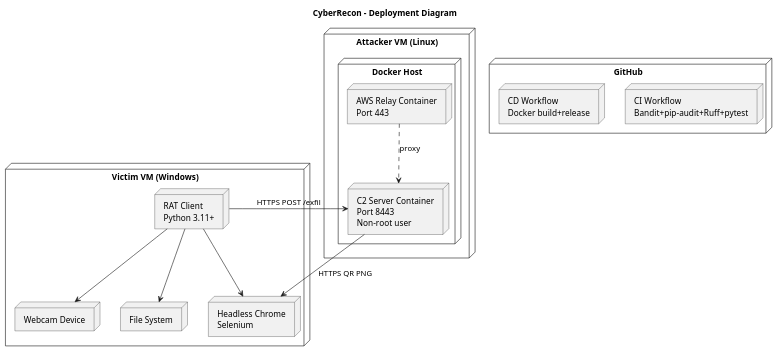
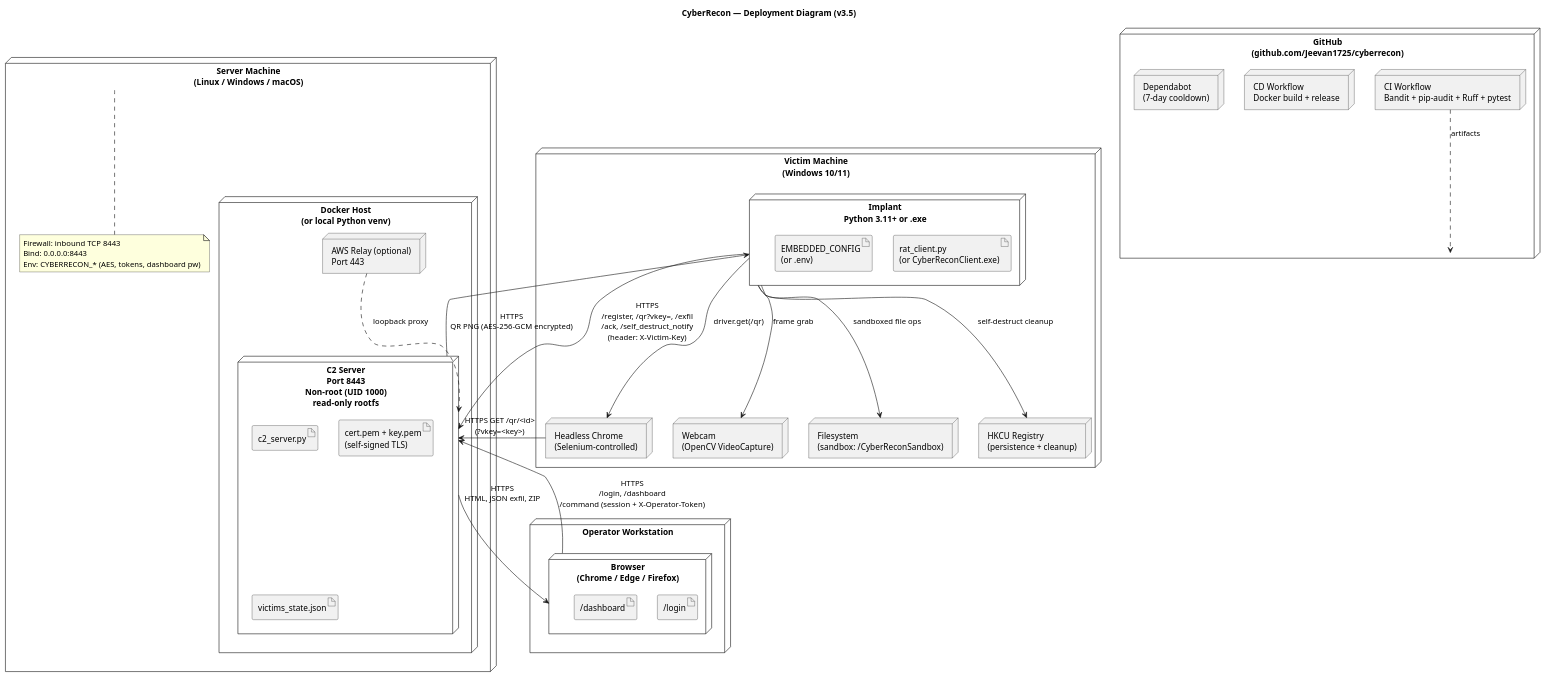
Before and after one commit to Jeevan1725/cyberrecon: the diagram in docs/diagrams/deployment.puml, drawn with PlantUML. The commit also changed 20 other files, not shown here.

First line of the commit message:
docs(diagrams): sync PlantUML sources with v3.5 rendered PNGs

```diff
--- a/docs/diagrams/deployment.puml
+++ b/docs/diagrams/deployment.puml
@@ -1,31 +1,62 @@
 @startuml
 skinparam packageStyle rectangle
-title CyberRecon - Deployment Diagram
+skinparam shadowing false
+title CyberRecon — Deployment Diagram (v3.5)
 
-node "Attacker VM (Linux)" as ATTACKER {
-    node "Docker Host" as DOCKER {
-        node "C2 Server Container\nPort 8443\nNon-root user" as C2
-        node "AWS Relay Container\nPort 443" as RELAY
+node "Server Machine\n(Linux / Windows / macOS)" as SERVER {
+    node "Docker Host\n(or local Python venv)" as DOCKER {
+        node "C2 Server\nPort 8443\nNon-root (UID 1000)\nread-only rootfs" as C2 {
+            artifact "c2_server.py" as C2PY
+            artifact "cert.pem + key.pem\n(self-signed TLS)" as TLS
+            artifact "victims_state.json" as STATE
+        }
+        node "AWS Relay (optional)\nPort 443" as RELAY
     }
-    RELAY ..> C2 : proxy
+    note bottom of SERVER
+      Firewall: inbound TCP 8443
+      Bind: 0.0.0.0:8443
+      Env: CYBERRECON_* (AES, tokens, dashboard pw)
+    end note
 }
 
-node "Victim VM (Windows)" as VICTIM {
-    node "RAT Client\nPython 3.11+" as RATC
-    node "Headless Chrome\nSelenium" as CHROME
-    node "Webcam Device" as CAM
-    node "File System" as FS
-    RATC --> CHROME
-    RATC --> CAM
-    RATC --> FS
+node "Victim Machine\n(Windows 10/11)" as VICTIM {
+    node "Implant\nPython 3.11+ or .exe" as RATC {
+        artifact "rat_client.py\n(or CyberReconClient.exe)" as RATPY
+        artifact "EMBEDDED_CONFIG\n(or .env)" as CFG
+    }
+    node "Headless Chrome\n(Selenium-controlled)" as CHROME
+    node "Webcam\n(OpenCV VideoCapture)" as CAM
+    node "Filesystem\n(sandbox: ~/CyberReconSandbox)" as FS
+    node "HKCU Registry\n(persistence + cleanup)" as REG
+
+    RATC --> CHROME : driver.get(/qr)
+    RATC --> CAM : frame grab
+    RATC --> FS : sandboxed file ops
+    RATC --> REG : self-destruct cleanup
 }
 
-node "GitHub" as GH {
-    node "CI Workflow\nBandit+pip-audit+Ruff+pytest" as CI
-    node "CD Workflow\nDocker build+release" as CD
+node "Operator Workstation" as OPMACHINE {
+    node "Browser\n(Chrome / Edge / Firefox)" as WEB {
+        artifact "/login" as LOGIN
+        artifact "/dashboard" as DASH
+    }
 }
 
-C2 --> CHROME : HTTPS QR PNG
-RATC --> C2 : HTTPS POST /exfil
+node "GitHub\n(github.com/Jeevan1725/cyberrecon)" as GH {
+    node "CI Workflow\nBandit + pip-audit + Ruff + pytest" as CI
+    node "CD Workflow\nDocker build + release" as CD
+    node "Dependabot\n(7-day cooldown)" as DEP
+}
+
+WEB --> C2 : HTTPS\n/login, /dashboard\n/command (session + X-Operator-Token)
+C2 --> WEB : HTTPS\nHTML, JSON exfil, ZIP
+
+RATC --> C2 : HTTPS\n/register, /qr?vkey=, /exfil\n/ack, /self_destruct_notify\n(header: X-Victim-Key)
+C2 --> RATC : HTTPS\nQR PNG (AES-256-GCM encrypted)
+
+CHROME --> C2 : HTTPS GET /qr/<id>\n(?vkey=<key>)
+
+RELAY ..> C2 : loopback proxy
+CI ..> GH : artifacts
 
 @enduml
```
